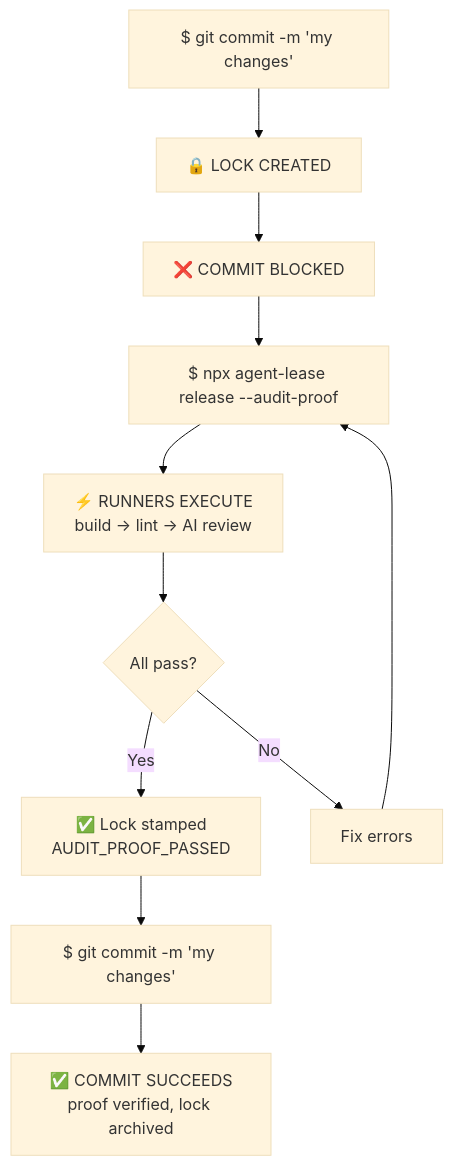
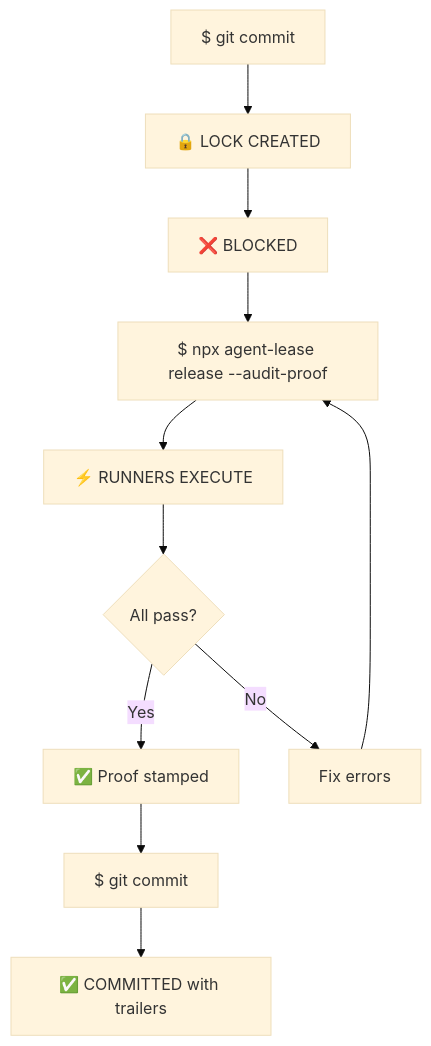
One commit to chidev/agent-lease changed the diagram in README.md. Above: the diagram before and after it, drawn with Mermaid (base theme). The commit also changed other lines of this file and 26 other files, not shown here.

````diff
--- a/README.md
+++ b/README.md
@@ -38,12 +65,12 @@
 ```mermaid
 flowchart TD
-    A["$ git commit -m 'my changes'"] --> B["🔒 LOCK CREATED"]
-    B --> C["❌ COMMIT BLOCKED"]
+    A["$ git commit"] --> B["🔒 LOCK CREATED"]
+    B --> C["❌ BLOCKED"]
     C --> D["$ npx agent-lease release --audit-proof"]
-    D --> E["⚡ RUNNERS EXECUTE<br/>build → lint → AI review"]
+    D --> E["⚡ RUNNERS EXECUTE"]
     E --> F{All pass?}
-    F -->|Yes| G["✅ Lock stamped<br/>AUDIT_PROOF_PASSED"]
+    F -->|Yes| G["✅ Proof stamped"]
     F -->|No| H["Fix errors"] --> D
-    G --> I["$ git commit -m 'my changes'"]
-    I --> J["✅ COMMIT SUCCEEDS<br/>proof verified, lock archived"]
+    G --> I["$ git commit"]
+    I --> J["✅ COMMITTED with trailers"]
 ```
````
